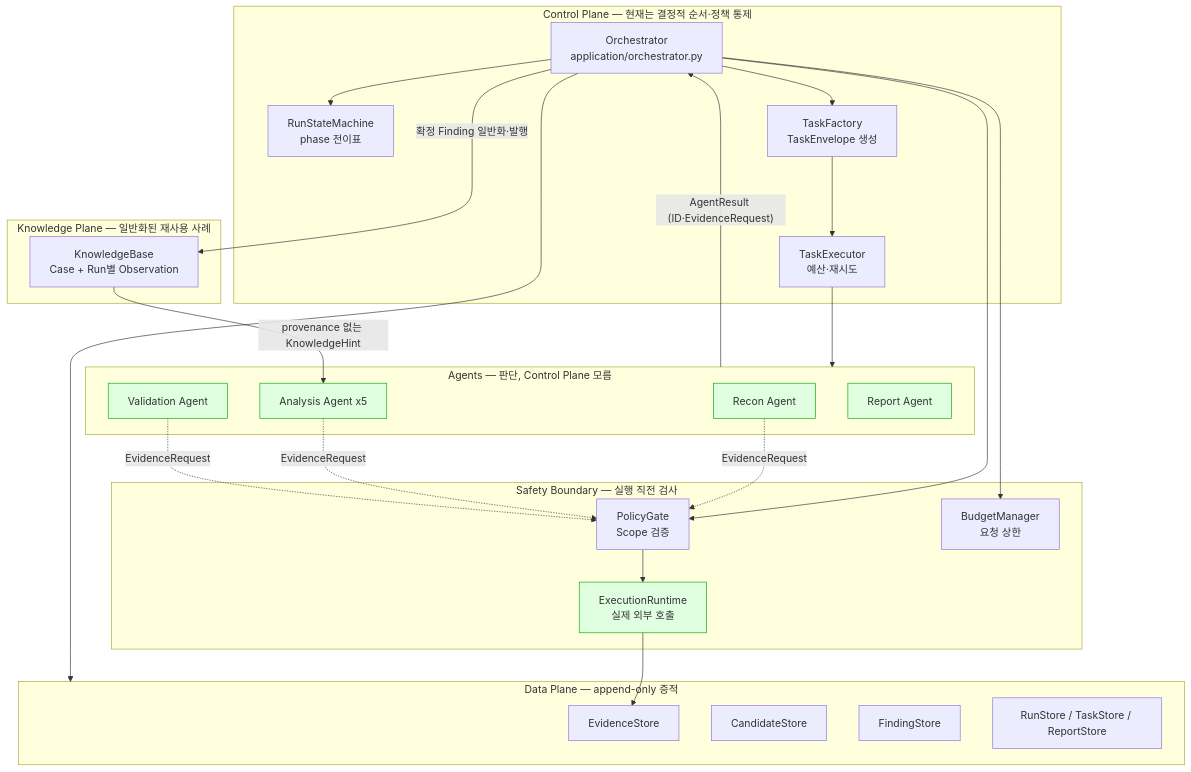
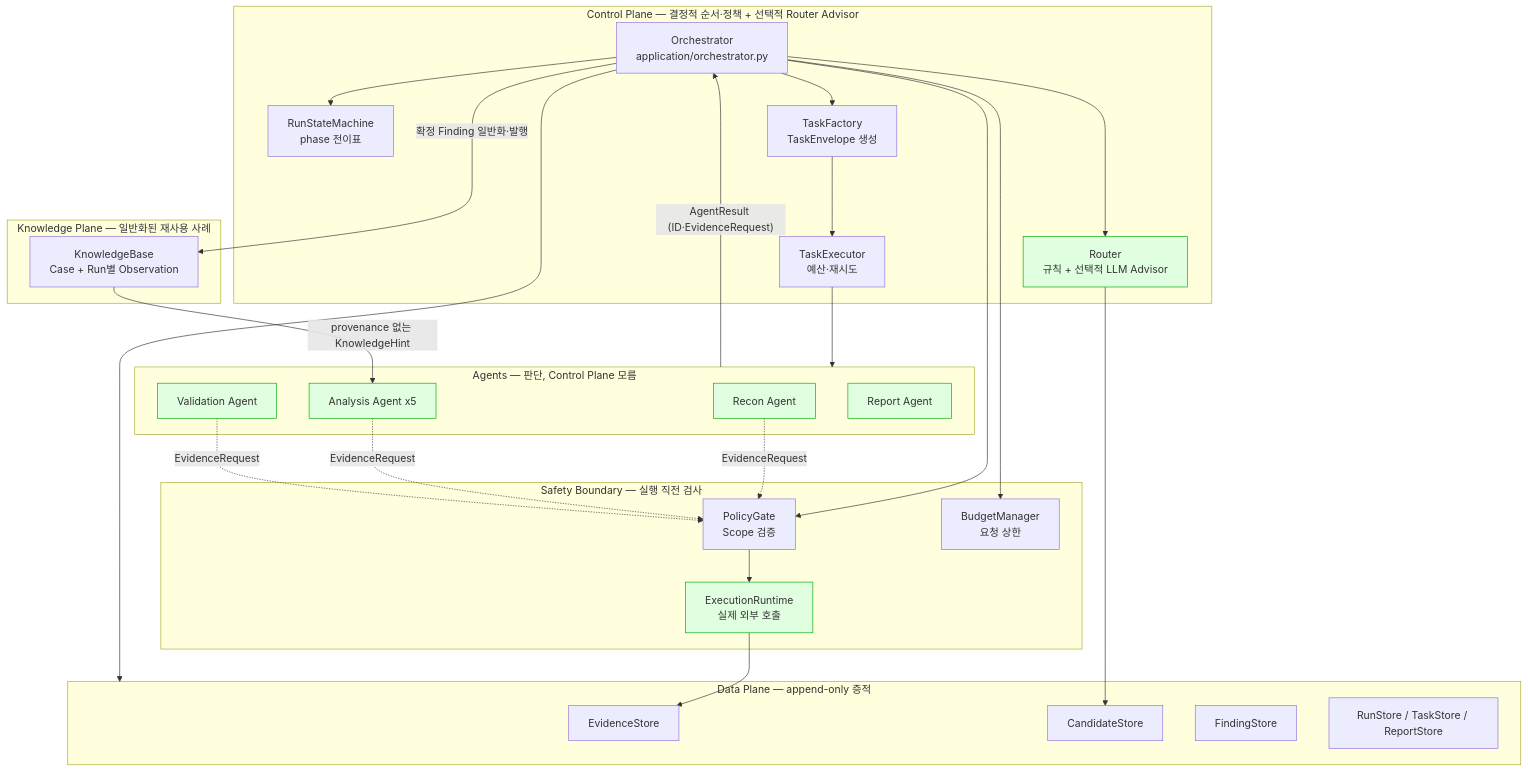
The first of 3 diagrams in IMPLEMENTATION_PLAN.md (Hacklipse/LASP_2026), drawn with Mermaid before and after one commit. The commit also changed other lines of this file, not shown here.

````diff
--- a/IMPLEMENTATION_PLAN.md
+++ b/IMPLEMENTATION_PLAN.md
@@ -156,49 +172,52 @@
 ```mermaid
 flowchart TB
-    subgraph CP["Control Plane — 현재는 결정적 순서·정책 통제"]
+    subgraph CP["Control Plane — 결정적 순서·정책 + 선택적 Router Advisor"]
         ORCH["Orchestrator<br/>application/orchestrator.py"]
         SM["RunStateMachine<br/>phase 전이표"]
         TF["TaskFactory<br/>TaskEnvelope 생성"]
         TE["TaskExecutor<br/>예산·재시도"]
+        VR["Router<br/>규칙 + 선택적 LLM Advisor"]
     end
 
     subgraph GATE["Safety Boundary — 실행 직전 검사"]
         PG["PolicyGate<br/>Scope 검증"]
         BM["BudgetManager<br/>요청 상한"]
         RT["ExecutionRuntime<br/>실제 외부 호출"]
     end
 
     subgraph AG["Agents — 판단, Control Plane 모름"]
         RC["Recon Agent"]
         AN["Analysis Agent x5"]
         VA["Validation Agent"]
         RP["Report Agent"]
     end
 
     subgraph DP["Data Plane — append-only 증적"]
         ES["EvidenceStore"]
         CS["CandidateStore"]
         FS["FindingStore"]
         RS["RunStore / TaskStore / ReportStore"]
     end
 
     subgraph KP["Knowledge Plane — 일반화된 재사용 사례"]
         KB["KnowledgeBase<br/>Case + Run별 Observation"]
     end
 
     ORCH --> SM
     ORCH --> TF --> TE --> AG
+    ORCH --> VR --> CS
     ORCH --> PG
     ORCH --> BM
     AG -->|"AgentResult (ID·EvidenceRequest)"| ORCH
     RC & AN & VA -.->|"EvidenceRequest"| PG --> RT --> ES
     ORCH --> DP
     ORCH -->|"확정 Finding 일반화·발행"| KB
     KB -->|"provenance 없는 KnowledgeHint"| AN
 
     style RC fill:#e0ffe0,stroke:#0a0
     style AN fill:#e0ffe0,stroke:#0a0
     style VA fill:#e0ffe0,stroke:#0a0
+    style VR fill:#e0ffe0,stroke:#0a0
     style RT fill:#e0ffe0,stroke:#0a0
     style RP fill:#e0ffe0,stroke:#0a0
 ```
````
